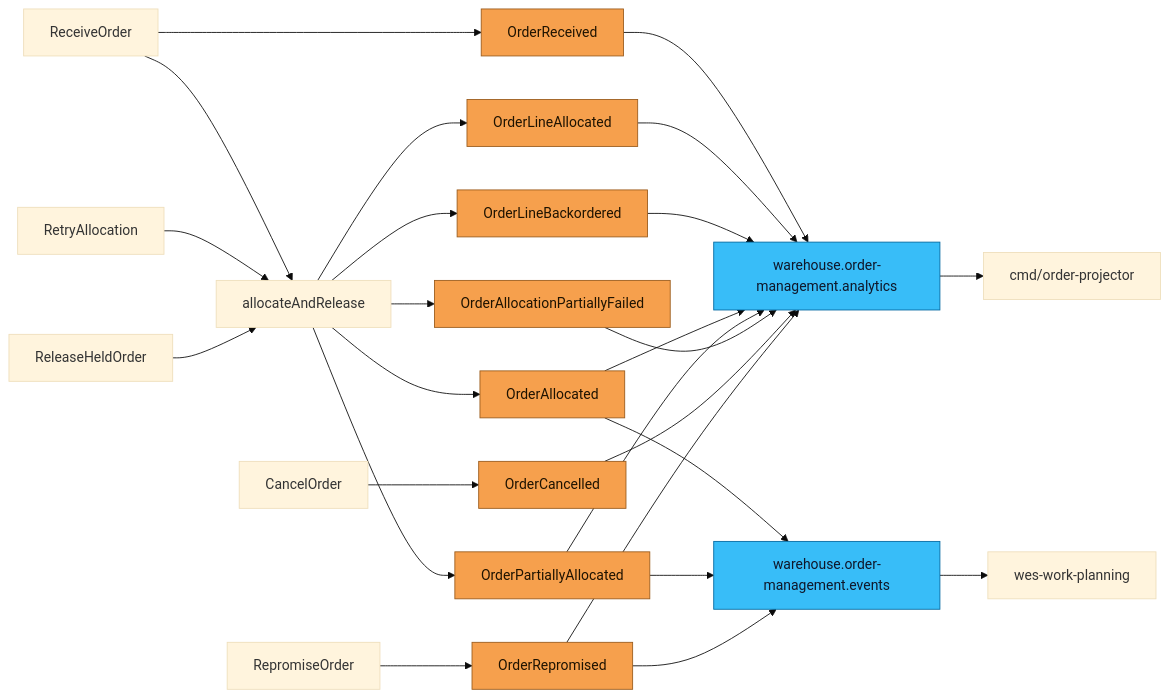
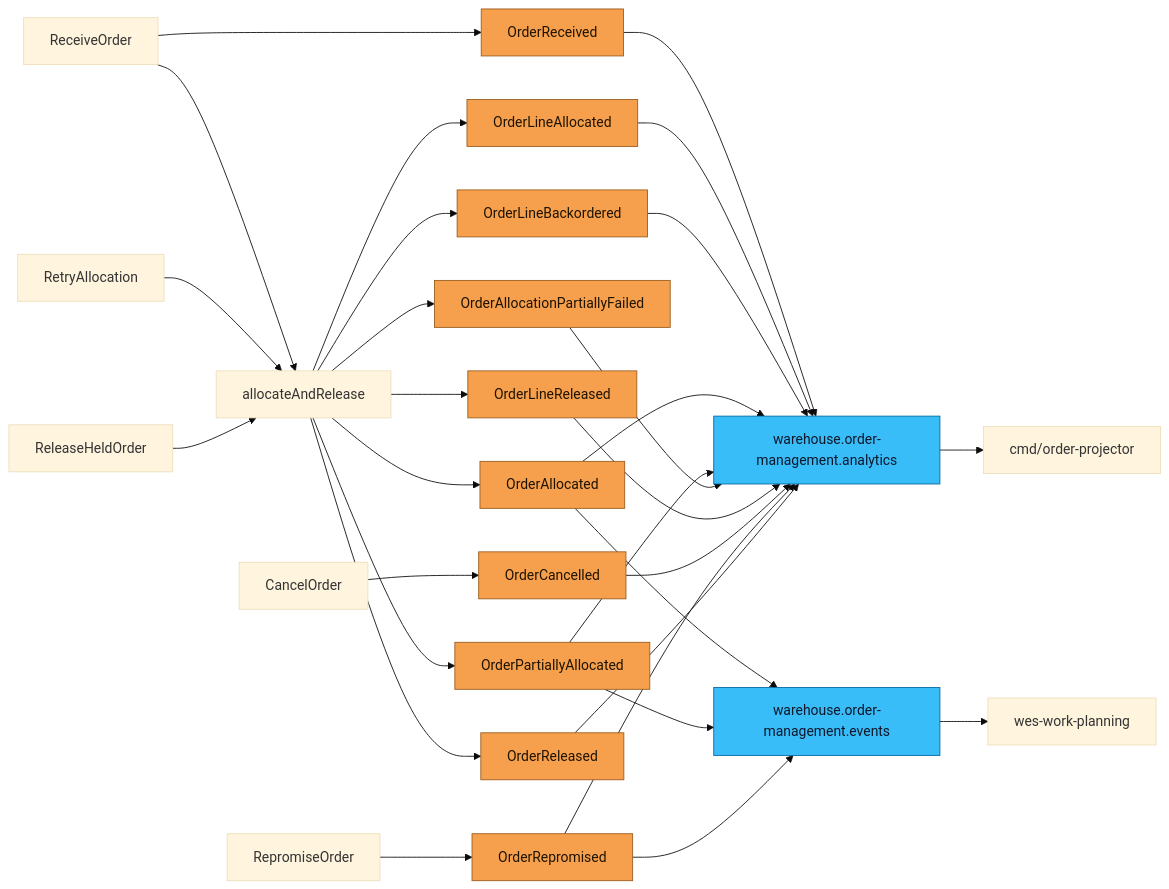
Before and after one commit to IQVO/warehouse-docs: the diagram in docs/contexts/order-management/domain-events.md, drawn with Mermaid (base theme). The commit also changed other lines of this file and 107 other files, not shown here.

````diff
--- a/docs/contexts/order-management/domain-events.md
+++ b/docs/contexts/order-management/domain-events.md
@@ -179,24 +184,26 @@
 ```mermaid
 flowchart LR
   RO["ReceiveOrder"] --> E1["OrderReceived"]
   RO --> AR["allocateAndRelease"]
   RA["RetryAllocation"] --> AR
   RH["ReleaseHeldOrder"] --> AR
   AR --> E2["OrderLineAllocated"]
   AR --> E3["OrderLineBackordered"]
   AR --> E4["OrderAllocated"]
   AR --> E5["OrderPartiallyAllocated"]
   AR --> E6["OrderAllocationPartiallyFailed"]
+  AR --> E7["OrderLineReleased"]
+  AR --> E10["OrderReleased"]
   CO["CancelOrder"] --> E8["OrderCancelled"]
   RP["RepromiseOrder"] --> E9["OrderRepromised"]
 
-  E1 & E2 & E3 & E4 & E5 & E6 & E8 & E9 --> AN["warehouse.order-management.analytics"]
+  E1 & E2 & E3 & E4 & E5 & E6 & E7 & E8 & E9 & E10 --> AN["warehouse.order-management.analytics"]
   E4 & E5 & E9 --> INT["warehouse.order-management.events"]
   INT --> WP["wes-work-planning"]
   AN --> PJ["cmd/order-projector"]
 
   classDef ev fill:#f6a04d,stroke:#9a5b1c,color:#1f1300;
   classDef topic fill:#38bdf8,stroke:#0369a1,color:#0f172a;
-  class E1,E2,E3,E4,E5,E6,E8,E9 ev;
+  class E1,E2,E3,E4,E5,E6,E7,E8,E9,E10 ev;
   class AN,INT topic;
 ```
````
